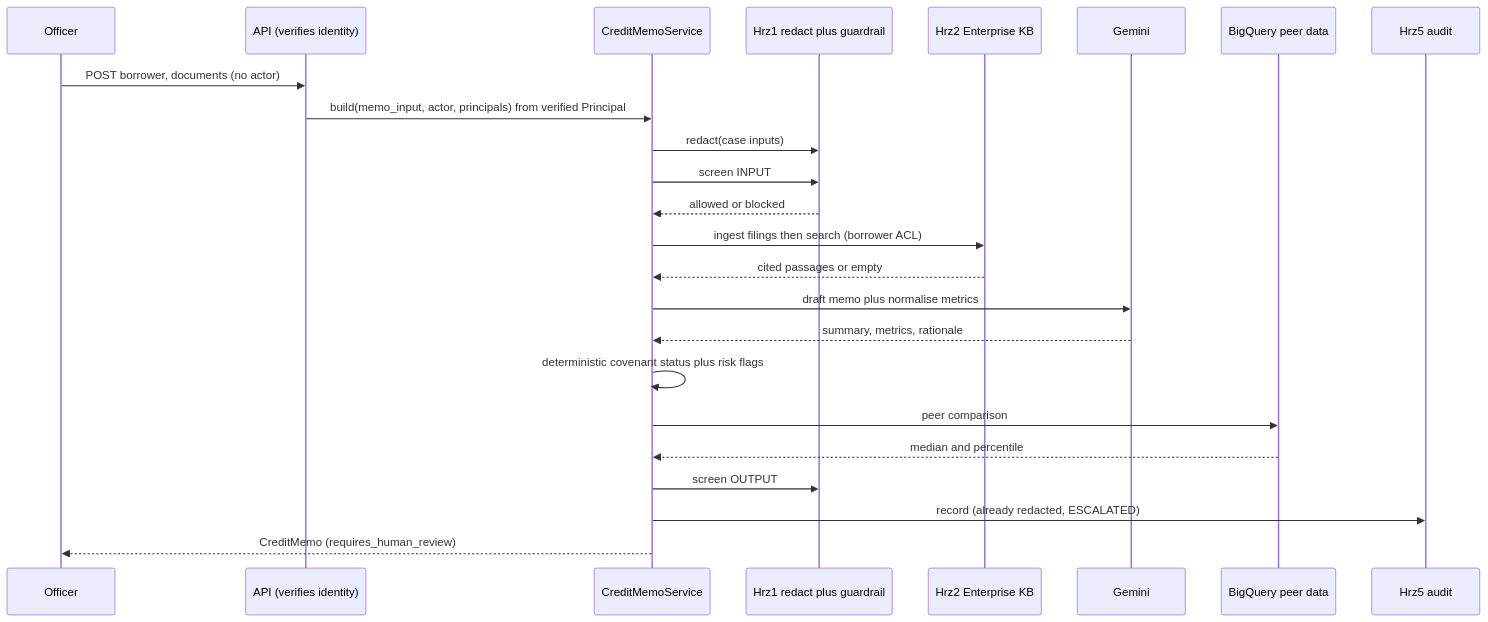
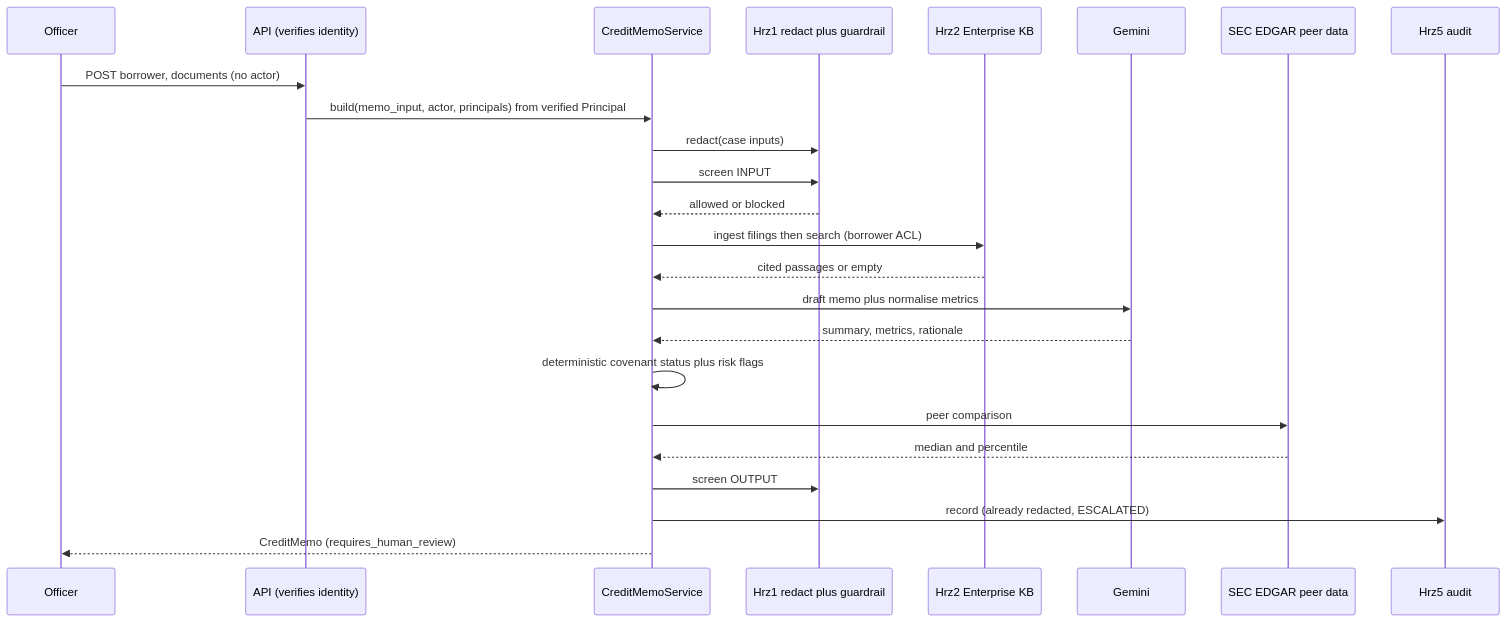
One commit to portable-genai/credit-memo-drafting changed the second of 3 diagrams in ARCHITECTURE.md. Above: the diagram before and after it, drawn with Mermaid. The commit also changed other lines of this file and 29 other files, not shown here.

````diff
--- a/ARCHITECTURE.md
+++ b/ARCHITECTURE.md
@@ -57,26 +57,26 @@
 ```mermaid
 sequenceDiagram
   participant Officer
   participant API as API (verifies identity)
   participant Service as CreditMemoService
   participant Safety as Hrz1 redact plus guardrail
   participant KB as Hrz2 Enterprise KB
   participant LLM as Gemini
-  participant Peer as BigQuery peer data
+  participant Peer as SEC EDGAR peer data
   participant Audit as Hrz5 audit
   Officer->>API: POST borrower, documents (no actor)
   API->>Service: build(memo_input, actor, principals) from verified Principal
   Service->>Safety: redact(case inputs)
   Service->>Safety: screen INPUT
   Safety-->>Service: allowed or blocked
   Service->>KB: ingest filings then search (borrower ACL)
   KB-->>Service: cited passages or empty
   Service->>LLM: draft memo plus normalise metrics
   LLM-->>Service: summary, metrics, rationale
   Service->>Service: deterministic covenant status plus risk flags
   Service->>Peer: peer comparison
   Peer-->>Service: median and percentile
   Service->>Safety: screen OUTPUT
   Service->>Audit: record (already redacted, ESCALATED)
   Service-->>Officer: CreditMemo (requires_human_review)
 ```
````
